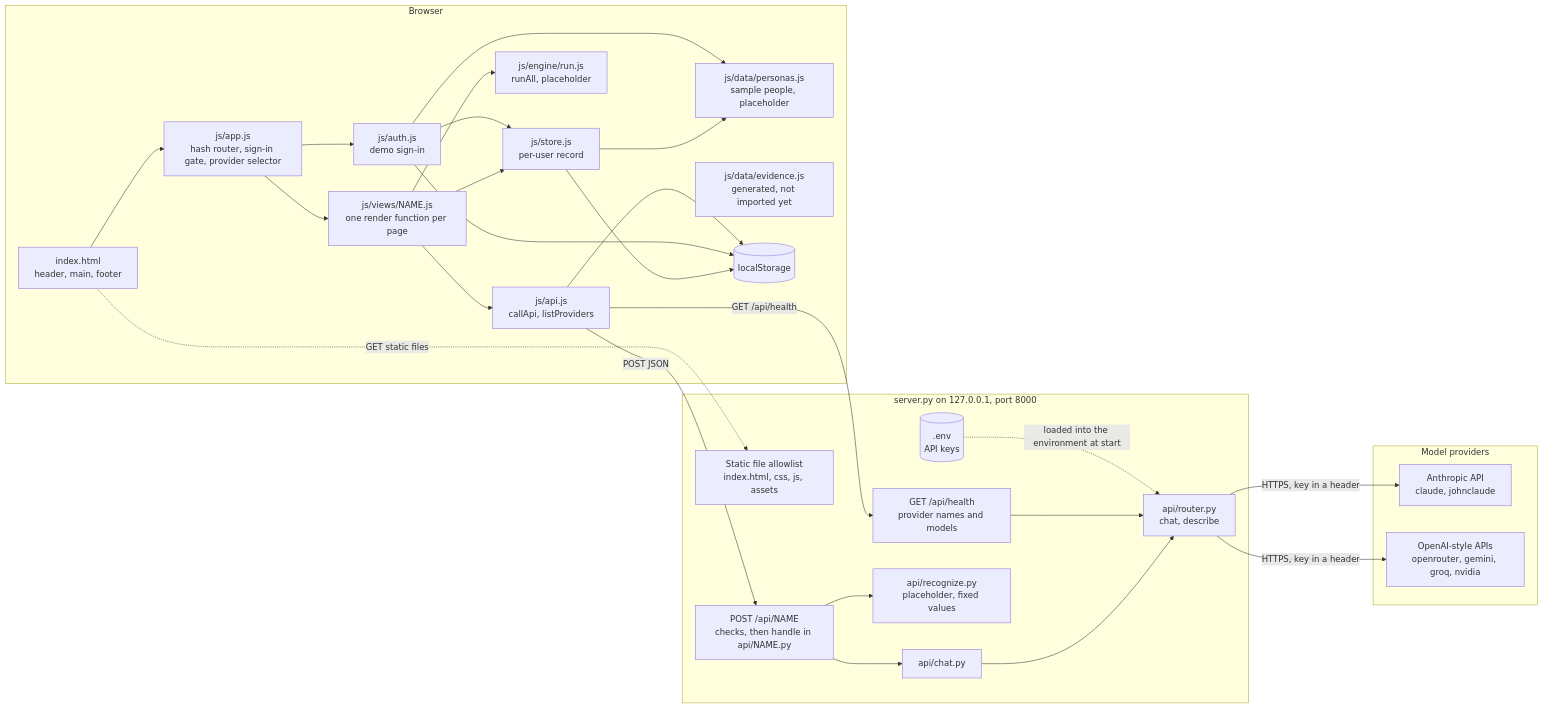
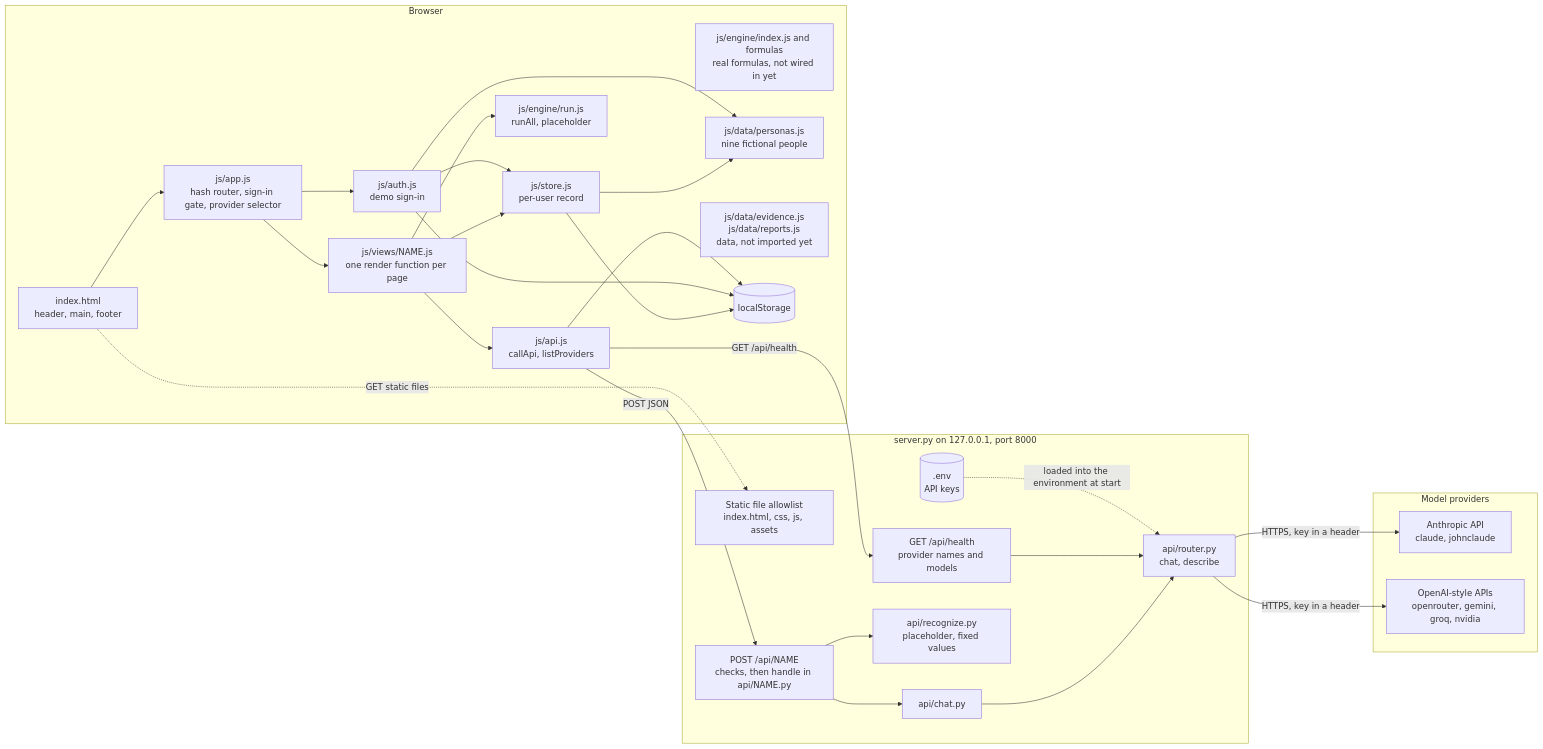
The first of 4 diagrams in docs/architecture.md (tingwei161803/unify-risk), drawn with Mermaid before and after one commit. The commit also changed other lines of this file, not shown here.

First line of the commit message:
Describe the engine, sample people and sample reports now on main

````diff
--- a/docs/architecture.md
+++ b/docs/architecture.md
@@ -20,54 +20,55 @@
 ```mermaid
 flowchart LR
     subgraph BROWSER["Browser"]
         HTML["index.html<br/>header, main, footer"]
         APP["js/app.js<br/>hash router, sign-in gate, provider selector"]
         VIEWS["js/views/NAME.js<br/>one render function per page"]
         STORE["js/store.js<br/>per-user record"]
         AUTH["js/auth.js<br/>demo sign-in"]
         ENGINE["js/engine/run.js<br/>runAll, placeholder"]
-        PERSONAS["js/data/personas.js<br/>sample people, placeholder"]
-        EVIDENCE["js/data/evidence.js<br/>generated, not imported yet"]
+        FORMULAS["js/engine/index.js and formulas<br/>real formulas, not wired in yet"]
+        PERSONAS["js/data/personas.js<br/>nine fictional people"]
+        UNUSED["js/data/evidence.js<br/>js/data/reports.js<br/>data, not imported yet"]
         APIJS["js/api.js<br/>callApi, listProviders"]
         LS[("localStorage")]
     end
 
     subgraph SERVER["server.py on 127.0.0.1, port 8000"]
         STATIC["Static file allowlist<br/>index.html, css, js, assets"]
         HEALTH["GET /api/health<br/>provider names and models"]
         DISPATCH["POST /api/NAME<br/>checks, then handle in api/NAME.py"]
         CHAT["api/chat.py"]
         RECOGNIZE["api/recognize.py<br/>placeholder, fixed values"]
         ROUTER["api/router.py<br/>chat, describe"]
         ENV[(".env<br/>API keys")]
     end
 
     subgraph PROVIDERS["Model providers"]
         ANTHROPIC["Anthropic API<br/>claude, johnclaude"]
         OPENAI["OpenAI-style APIs<br/>openrouter, gemini, groq, nvidia"]
     end
 
     HTML --> APP
     APP --> VIEWS
     APP --> AUTH
     VIEWS --> STORE
     VIEWS --> ENGINE
     VIEWS --> APIJS
     AUTH --> STORE
     STORE --> PERSONAS
     AUTH --> PERSONAS
     STORE --> LS
     AUTH --> LS
     APIJS --> LS
 
     HTML -. "GET static files" .-> STATIC
     APIJS -- "GET /api/health" --> HEALTH
     APIJS -- "POST JSON" --> DISPATCH
     DISPATCH --> CHAT
     DISPATCH --> RECOGNIZE
     CHAT --> ROUTER
     HEALTH --> ROUTER
     ENV -. "loaded into the environment at start" .-> ROUTER
     ROUTER -- "HTTPS, key in a header" --> ANTHROPIC
     ROUTER -- "HTTPS, key in a header" --> OPENAI
 ```
````
